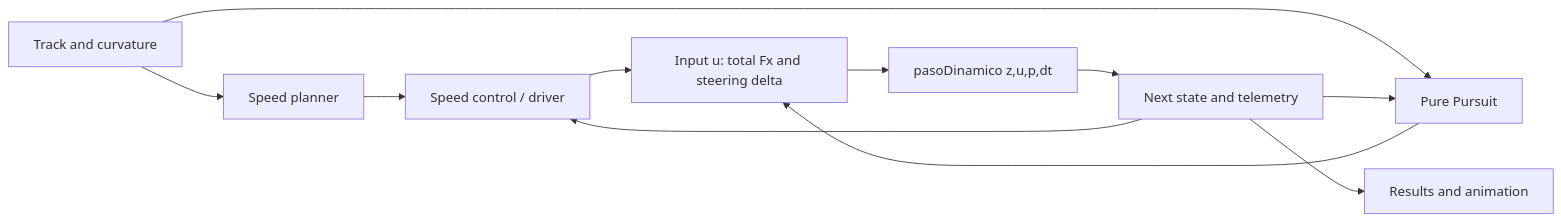
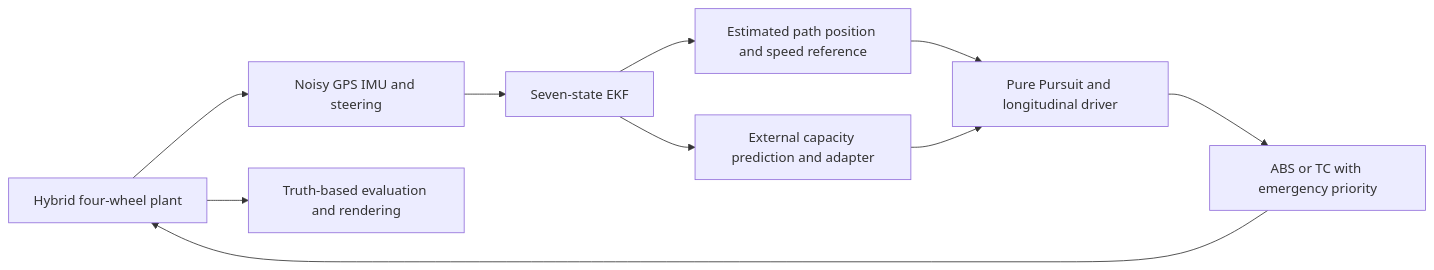
One commit to Horacio135/Vehicle-Control-Systems changed the diagram in PROJECT/README.md. Above: the diagram before and after it, drawn with Mermaid. The commit also changed other lines of this file and 156 other files, not shown here.

Commit message:
Publish complete estimated control loop, tyre-model history and simulation evidence

````diff
--- a/PROJECT/README.md
+++ b/PROJECT/README.md
@@ -48,13 +49,12 @@
 ```mermaid
 flowchart LR
-    P[Track and curvature] --> V[Speed planner]
-    P --> L[Pure Pursuit]
-    V --> D[Speed control / driver]
-    L --> U[Input u: total Fx and steering delta]
-    D --> U
-    U --> F[pasoDinamico z,u,p,dt]
-    F --> Z[Next state and telemetry]
-    Z --> L
-    Z --> D
-    Z --> A[Results and animation]
+    F[Hybrid four-wheel plant] --> S[Noisy GPS IMU and steering]
+    S --> E[Seven-state EKF]
+    E --> R[Estimated path position and speed reference]
+    E --> A[External capacity prediction and adapter]
+    R --> C[Pure Pursuit and longitudinal driver]
+    A --> C
+    C --> L[ABS or TC with emergency priority]
+    L --> F
+    F --> V[Truth-based evaluation and rendering]
 ```
````
